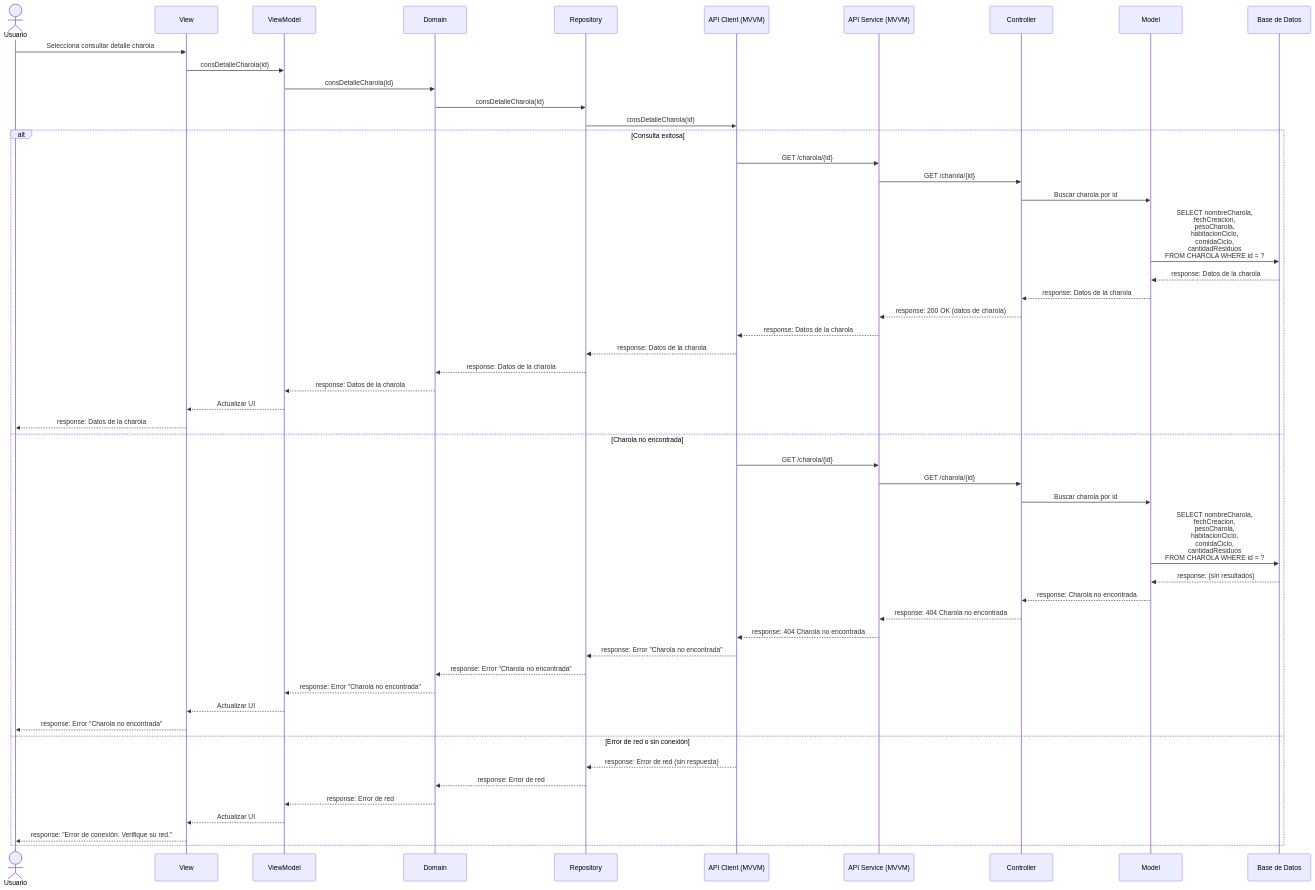
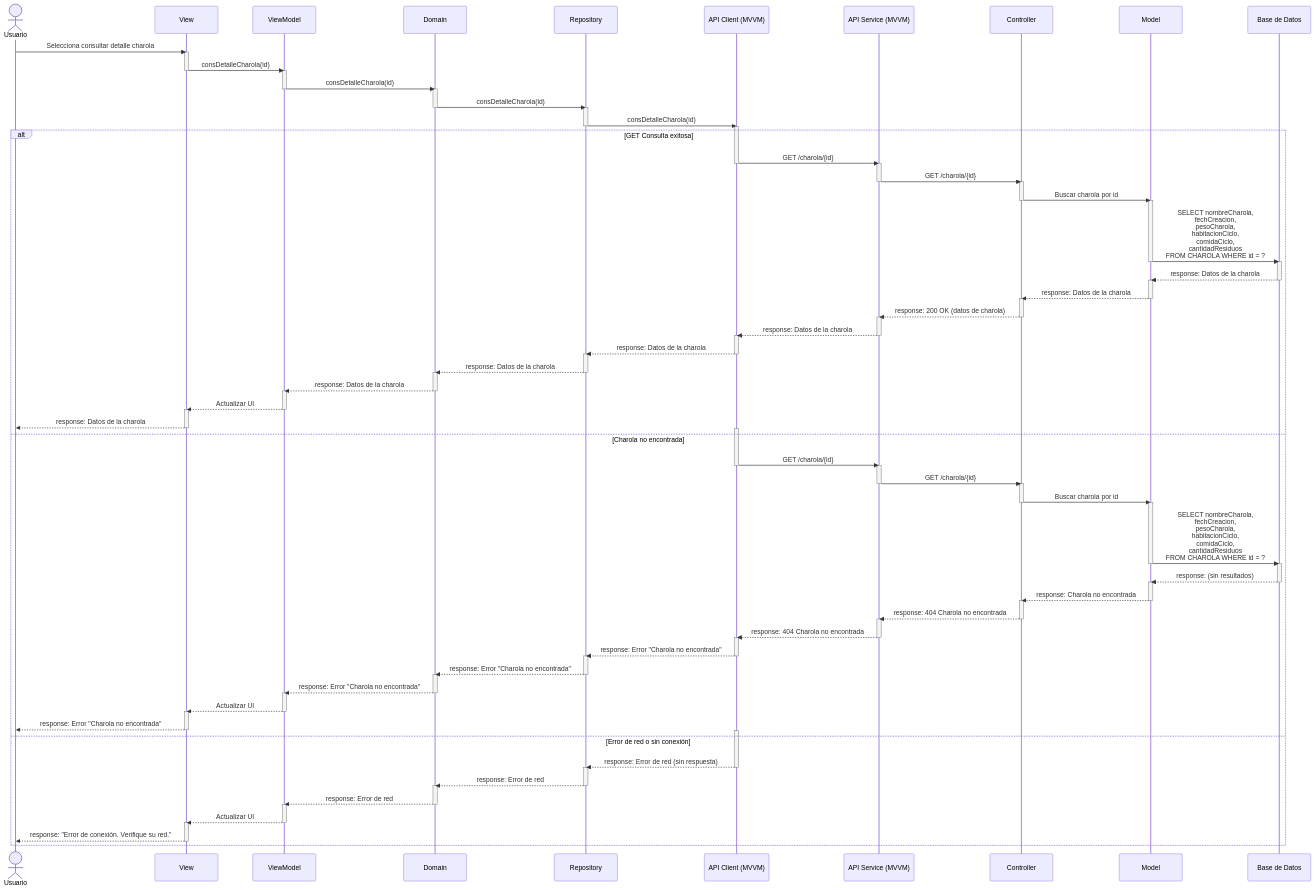
Before and after one commit to CodeAnd-Co/Documentacion: the diagram in documentation/docs/proyectos/larvas/documentacion/requisitos/RF10.md, drawn with Mermaid.

Commit message:
Agregar bloques de secuencia

````diff
--- a/documentation/docs/proyectos/larvas/documentacion/requisitos/RF10.md
+++ b/documentation/docs/proyectos/larvas/documentacion/requisitos/RF10.md
@@ -34,45 +34,152 @@
     participant Model as Model
     participant Database as Base de Datos
 
-    Usuario->>View: Selecciona consultar detalle charola 
+    
+    Usuario->>View: Selecciona consultar detalle charola
+    activate View
     View->>ViewModel: consDetalleCharola(id)
+    deactivate View
+
+    activate ViewModel
     ViewModel->>Domain: consDetalleCharola(id)
+    deactivate ViewModel
+
+    activate Domain
     Domain->>Repository: consDetalleCharola(id)
+    deactivate Domain
+
+    activate Repository
     Repository->>APIClient: consDetalleCharola(id)
-    alt Consulta exitosa
+    deactivate Repository
+    activate APIClient
+
+    alt GET Consulta exitosa
         APIClient->>APIService: GET /charola/{id}
+        deactivate APIClient
+
+        activate APIService
         APIService->>Controller: GET /charola/{id}
+        deactivate APIService
+
+        activate Controller
         Controller->>Model: Buscar charola por id
+        deactivate Controller
+
+        activate Model
         Model->>Database: SELECT nombreCharola, <br>fechCreacion, <br>pesoCharola, <br>habitacionCiclo, <br>comidaCiclo, <br>cantidadResiduos <br>FROM CHAROLA WHERE id = ?;
+        deactivate Model
+
+        activate Database
         Database-->>Model: response: Datos de la charola
+        deactivate Database
+
+        activate Model
         Model-->>Controller: response: Datos de la charola
+        deactivate Model
+
+        activate Controller
         Controller-->>APIService: response: 200 OK (datos de charola)
+        deactivate Controller
+
+        activate APIService
         APIService-->>APIClient: response: Datos de la charola
+        deactivate APIService
+
+        activate APIClient
         APIClient-->>Repository: response: Datos de la charola
+        deactivate APIClient
+
+        activate Repository
         Repository-->>Domain: response: Datos de la charola
+        deactivate Repository
+
+        activate Domain
         Domain-->>ViewModel: response: Datos de la charola
+        deactivate Domain
+
+        activate ViewModel
         ViewModel-->>View: Actualizar UI
+        deactivate ViewModel
+
+        activate View
         View-->>Usuario: response: Datos de la charola
+        deactivate View
+        activate APIClient
+
     else Charola no encontrada
         APIClient->>APIService: GET /charola/{id}
+        deactivate APIClient
+
+        activate APIService
         APIService->>Controller: GET /charola/{id}
+        deactivate APIService
+
+        activate Controller
         Controller->>Model: Buscar charola por id
+        deactivate Controller
+
+        activate Model
         Model->>Database: SELECT nombreCharola, <br>fechCreacion, <br>pesoCharola, <br>habitacionCiclo, <br>comidaCiclo, <br>cantidadResiduos <br>FROM CHAROLA WHERE id = ?;
+        deactivate Model
+
+        activate Database
         Database-->>Model: response: (sin resultados)
+        deactivate Database
+
+        activate Model
         Model-->>Controller: response: Charola no encontrada
+        deactivate Model
+
+        activate Controller
         Controller-->>APIService: response: 404 Charola no encontrada
+        deactivate Controller
+
+        activate APIService
         APIService-->>APIClient: response: 404 Charola no encontrada
+        deactivate APIService
+        
+        activate APIClient
         APIClient-->>Repository: response: Error "Charola no encontrada"
+        deactivate APIClient
+
+        activate Repository
         Repository-->>Domain: response: Error "Charola no encontrada"
+        deactivate Repository
+
+        activate Domain
         Domain-->>ViewModel: response: Error "Charola no encontrada"
+        deactivate Domain
+
+        activate ViewModel
         ViewModel-->>View: Actualizar UI
+        deactivate ViewModel
+
+        activate View
         View-->>Usuario: response: Error "Charola no encontrada"
+        deactivate View
+        activate APIClient
+
     else Error de red o sin conexión
         APIClient-->>Repository: response: Error de red (sin respuesta)
+        deactivate APIClient
+
+        activate Repository
         Repository-->>Domain: response: Error de red
+        deactivate Repository
+
+        activate Domain
         Domain-->>ViewModel: response: Error de red
+        deactivate Domain
+
+        activate ViewModel
         ViewModel-->>View: Actualizar UI
+        deactivate ViewModel
+
+        activate View
         View-->>Usuario: response: "Error de conexión. Verifique su red."
+        deactivate View
     end
 
+
+
 ```
````
